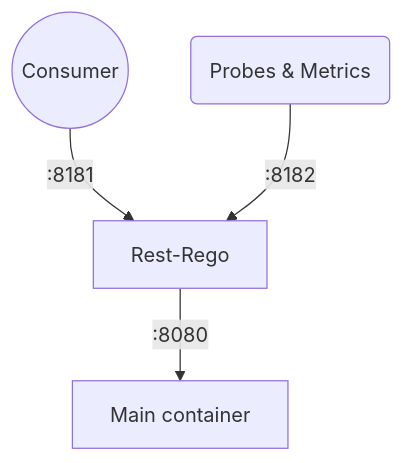
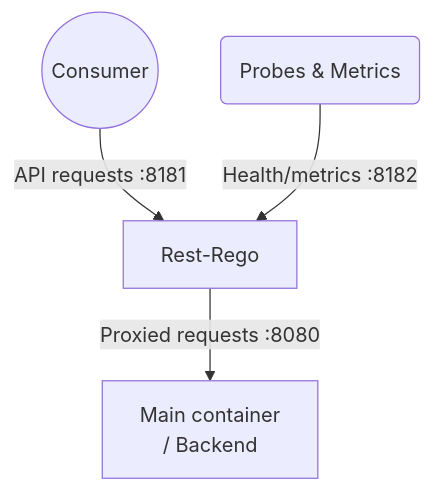
The diagram in README.md (AB-Lindex/rest-rego), drawn with Mermaid before and after one commit. The commit also changed other lines of this file and 11 other files, not shown here.

````diff
--- a/README.md
+++ b/README.md
@@ -81,6 +101,6 @@
 ```mermaid
 graph TD;
-  c((Consumer)) -- :8181 --> r[Rest-Rego]
-  r -- :8080 --> m[Main container]
-  s(Probes & Metrics) -- :8182 --> r
+  c((Consumer)) -- "API requests :8181" --> r[Rest-Rego]
+  r -- "Proxied requests :8080" --> m[Main container<br>/ Backend]
+  s(Probes & Metrics) -- "Health/metrics :8182" --> r
 ```
````
